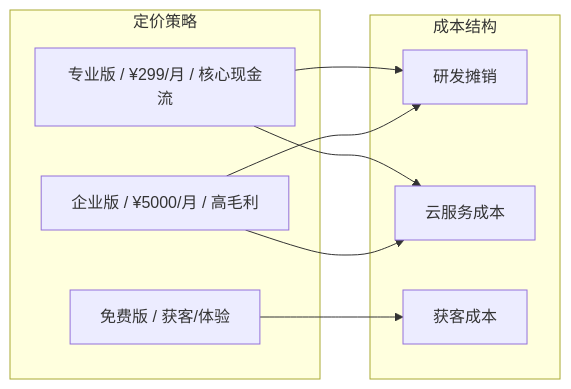
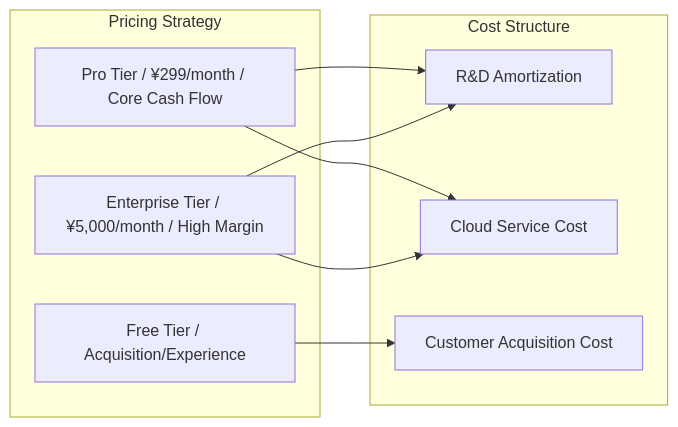
One commit to Kirky-X/cangjie changed the ninth of 11 diagrams in templates/产品/战略层/【模板】项目任务书.md. Above: the diagram before and after it, drawn with Mermaid. The commit also changed other lines of this file and 60 other files, not shown here.

````diff
--- a/templates/产品/战略层/【模板】项目任务书.md
+++ b/templates/产品/战略层/【模板】项目任务书.md
@@ -509,18 +509,18 @@
 ```mermaid
 flowchart LR
-    subgraph 定价策略
-        P1[免费版 / 获客/体验]
-        P2[专业版 / ¥299/月 / 核心现金流]
-        P3[企业版 / ¥5000/月 / 高毛利]
+    subgraph Pricing Strategy
+        P1[Free Tier / Acquisition/Experience]
+        P2[Pro Tier / ¥299/month / Core Cash Flow]
+        P3[Enterprise Tier / ¥5,000/month / High Margin]
     end
-    subgraph 成本结构
-        C1[研发摊销]
-        C2[云服务成本]
-        C3[获客成本]
+    subgraph Cost Structure
+        C1[R&D Amortization]
+        C2[Cloud Service Cost]
+        C3[Customer Acquisition Cost]
     end
     P1 --> C3
     P2 --> C1
     P2 --> C2
     P3 --> C1
     P3 --> C2
 ```
````
